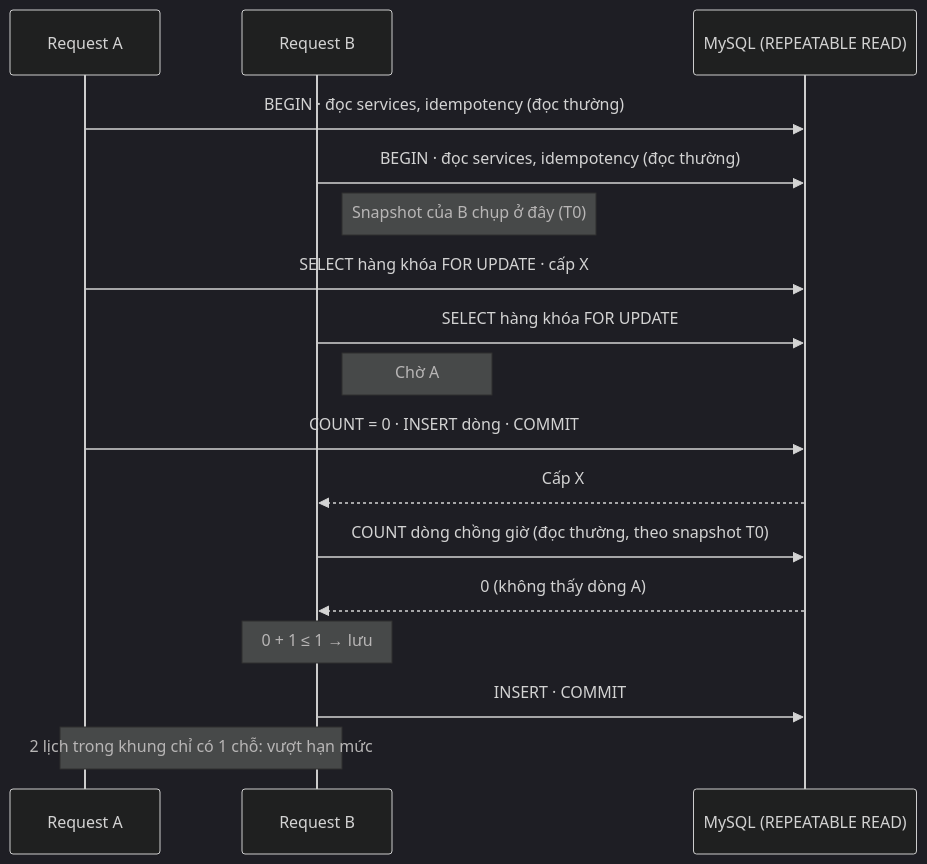
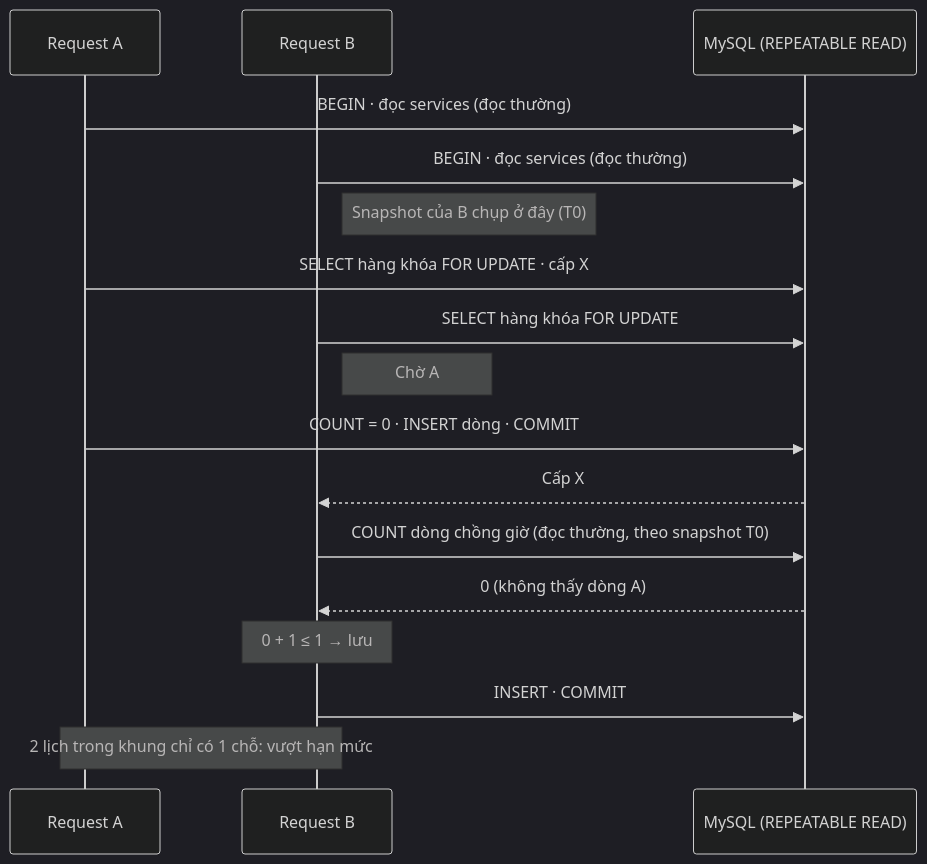
Before and after one commit to trancn-dev/pet-spa-booking-saas: the third of 4 diagrams in docs/design/so-do-dat-lich.md, drawn with Mermaid (dark theme). The commit also changed other lines of this file and 23 other files, not shown here.

````diff
--- a/docs/design/so-do-dat-lich.md
+++ b/docs/design/so-do-dat-lich.md
@@ -93,19 +95,19 @@
 ```mermaid
 sequenceDiagram
   participant A as Request A
   participant B as Request B
   participant DB as MySQL (REPEATABLE READ)
-  A->>DB: BEGIN · đọc services, idempotency (đọc thường)
-  B->>DB: BEGIN · đọc services, idempotency (đọc thường)
+  A->>DB: BEGIN · đọc services (đọc thường)
+  B->>DB: BEGIN · đọc services (đọc thường)
   Note right of B: Snapshot của B chụp ở đây (T0)
   A->>DB: SELECT hàng khóa FOR UPDATE · cấp X
   B->>DB: SELECT hàng khóa FOR UPDATE
   Note right of B: Chờ A
   A->>DB: COUNT = 0 · INSERT dòng · COMMIT
   DB-->>B: Cấp X
   B->>DB: COUNT dòng chồng giờ (đọc thường, theo snapshot T0)
   DB-->>B: 0 (không thấy dòng A)
   Note over B: 0 + 1 ≤ 1 → lưu
   B->>DB: INSERT · COMMIT
   Note over A,B: 2 lịch trong khung chỉ có 1 chỗ: vượt hạn mức
 ```
````
